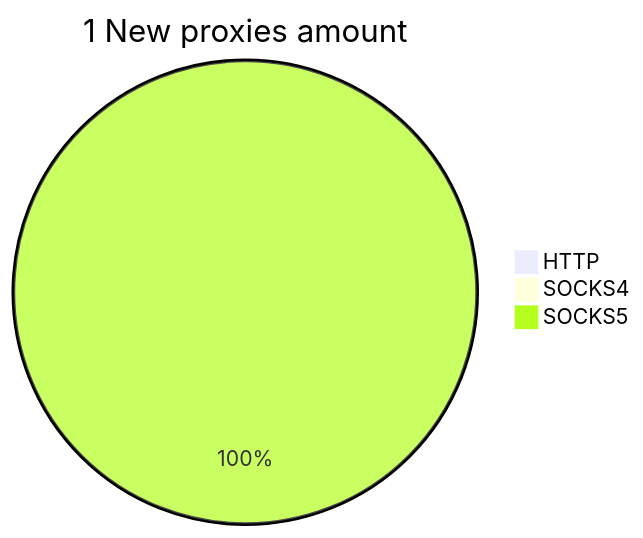
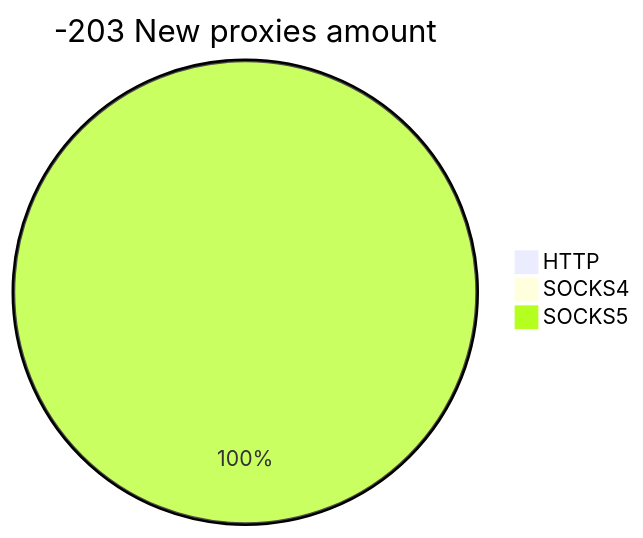
Before and after one commit to cutipu/proxylist: the second of 2 diagrams in README.md, drawn with Mermaid. The commit also changed other lines of this file, not shown here.

````diff
--- a/README.md
+++ b/README.md
@@ -10,6 +10,6 @@
 ```mermaid
-pie title 1 New proxies amount
+pie title -203 New proxies amount
     "HTTP" : 0
     "SOCKS4" : 0
-    "SOCKS5" : 3
+    "SOCKS5" : 2
 ```
````
